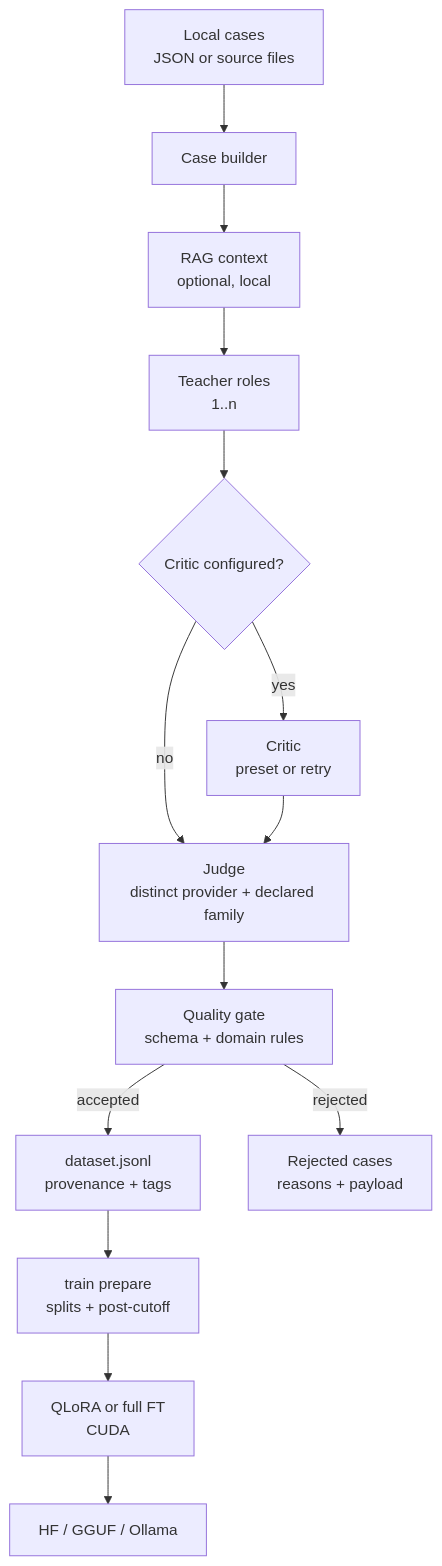
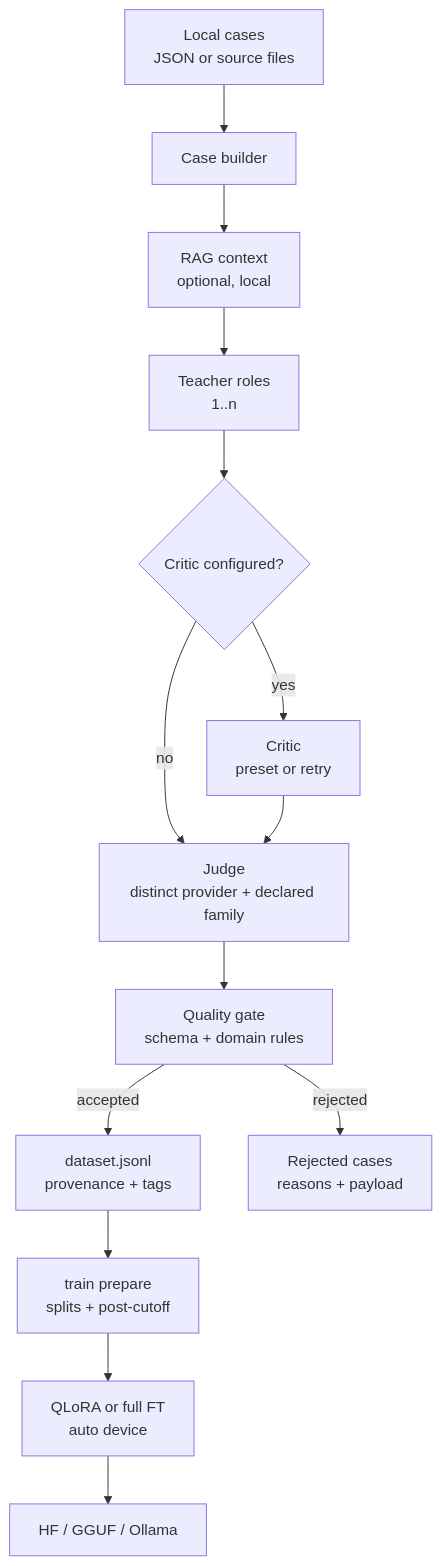
The diagram in README.md (log0u7/brainforge), drawn with Mermaid before and after one commit. The commit also changed other lines of this file and 32 other files, not shown here.

````diff
--- a/README.md
+++ b/README.md
@@ -154,16 +157,16 @@
 ```mermaid
 flowchart TD
   A["Local cases<br/>JSON or source files"] --> B["Case builder"]
   B --> C["RAG context<br/>optional, local"]
   C --> D["Teacher roles<br/>1..n"]
   D --> E{"Critic configured?"}
   E -->|yes| F["Critic<br/>preset or retry"]
   E -->|no| G["Judge<br/>distinct provider + declared family"]
   F --> G
   G --> H["Quality gate<br/>schema + domain rules"]
   H -->|accepted| I["dataset.jsonl<br/>provenance + tags"]
   H -->|rejected| J["Rejected cases<br/>reasons + payload"]
   I --> K["train prepare<br/>splits + post-cutoff"]
-  K --> L["QLoRA or full FT<br/>CUDA"]
+  K --> L["QLoRA or full FT<br/>auto device"]
   L --> M["HF / GGUF / Ollama"]
 ```
````
